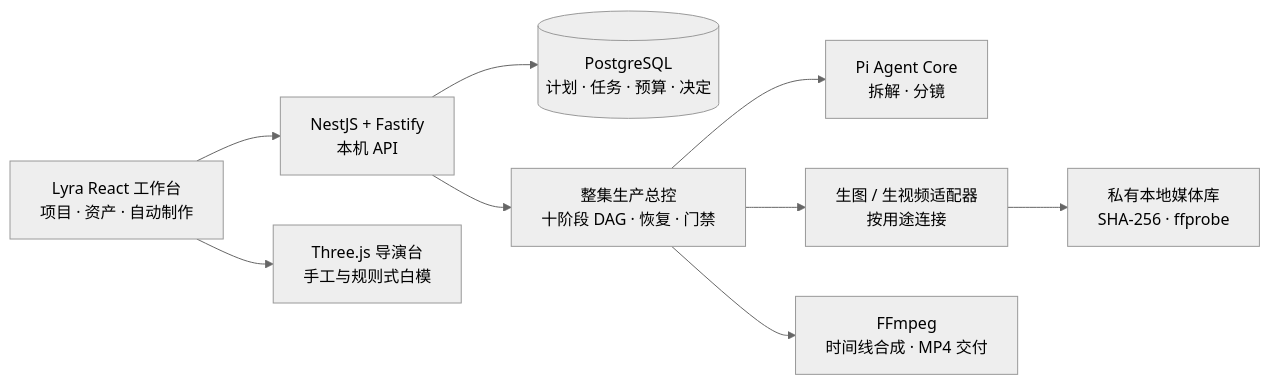
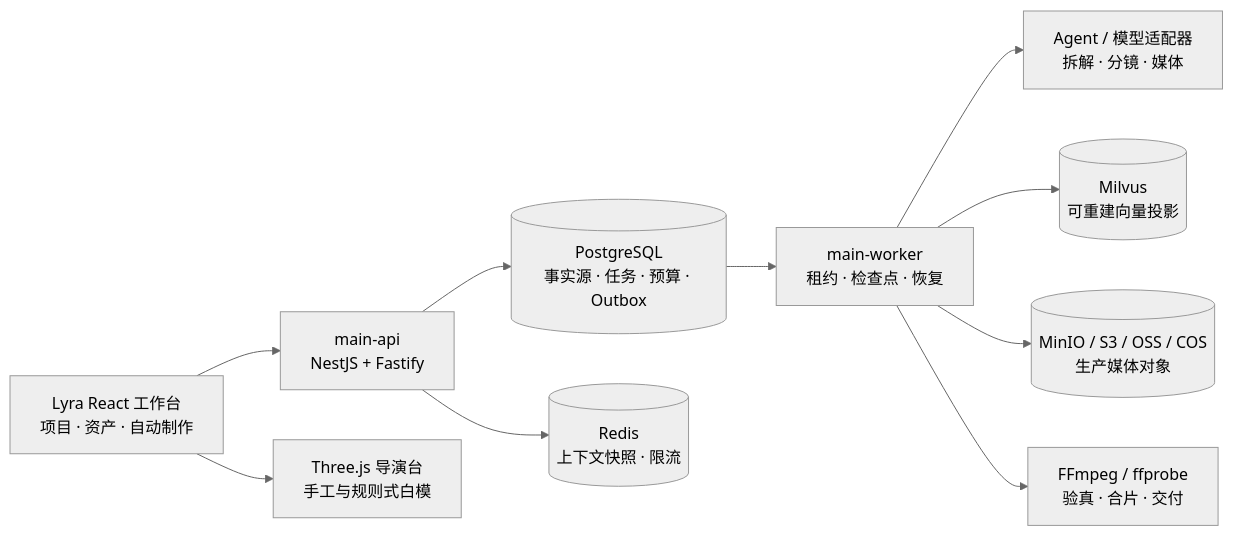
The diagram in packages/main/README.md (K80Tom/frame-shortdrama-agent), drawn with Mermaid (neutral theme) before and after one commit. The commit also changed other lines of this file and 41 other files, not shown here.

````diff
--- a/packages/main/README.md
+++ b/packages/main/README.md
@@ -234,11 +224,12 @@
 ```mermaid
 flowchart LR
-    UI["Lyra React 工作台<br/>项目 · 资产 · 自动制作"] --> API["NestJS + Fastify<br/>本机 API"]
-    API --> DB[("PostgreSQL<br/>计划 · 任务 · 预算 · 决定")]
-    API --> ORCH["整集生产总控<br/>十阶段 DAG · 恢复 · 门禁"]
-    ORCH --> TEXT["Pi Agent Core<br/>拆解 · 分镜"]
-    ORCH --> MEDIA["生图 / 生视频适配器<br/>按用途连接"]
-    MEDIA --> VAULT["私有本地媒体库<br/>SHA-256 · ffprobe"]
-    ORCH --> FFMPEG["FFmpeg<br/>时间线合成 · MP4 交付"]
+    UI["Lyra React 工作台<br/>项目 · 资产 · 自动制作"] --> API["main-api<br/>NestJS + Fastify"]
+    API --> DB[("PostgreSQL<br/>事实源 · 任务 · 预算 · Outbox")]
+    API --> CACHE[("Redis<br/>上下文快照 · 限流")]
+    DB --> WORKER["main-worker<br/>租约 · 检查点 · 恢复"]
+    WORKER --> TEXT["Agent / 模型适配器<br/>拆解 · 分镜 · 媒体"]
+    WORKER --> VECTOR[("Milvus<br/>可重建向量投影")]
+    WORKER --> OBJECT[("MinIO / S3 / OSS / COS<br/>生产媒体对象")]
+    WORKER --> FFMPEG["FFmpeg / ffprobe<br/>验真 · 合片 · 交付"]
     UI --> THREE["Three.js 导演台<br/>手工与规则式白模"]
 ```
````
